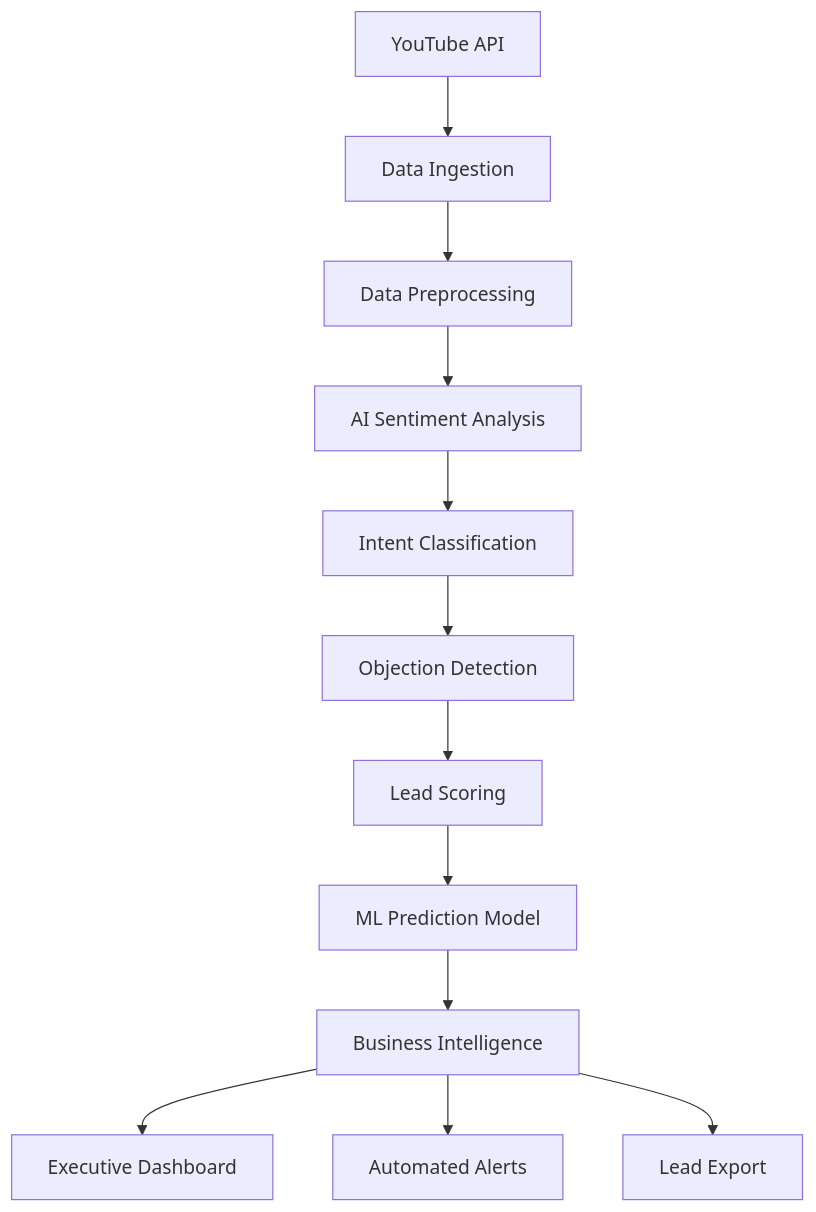
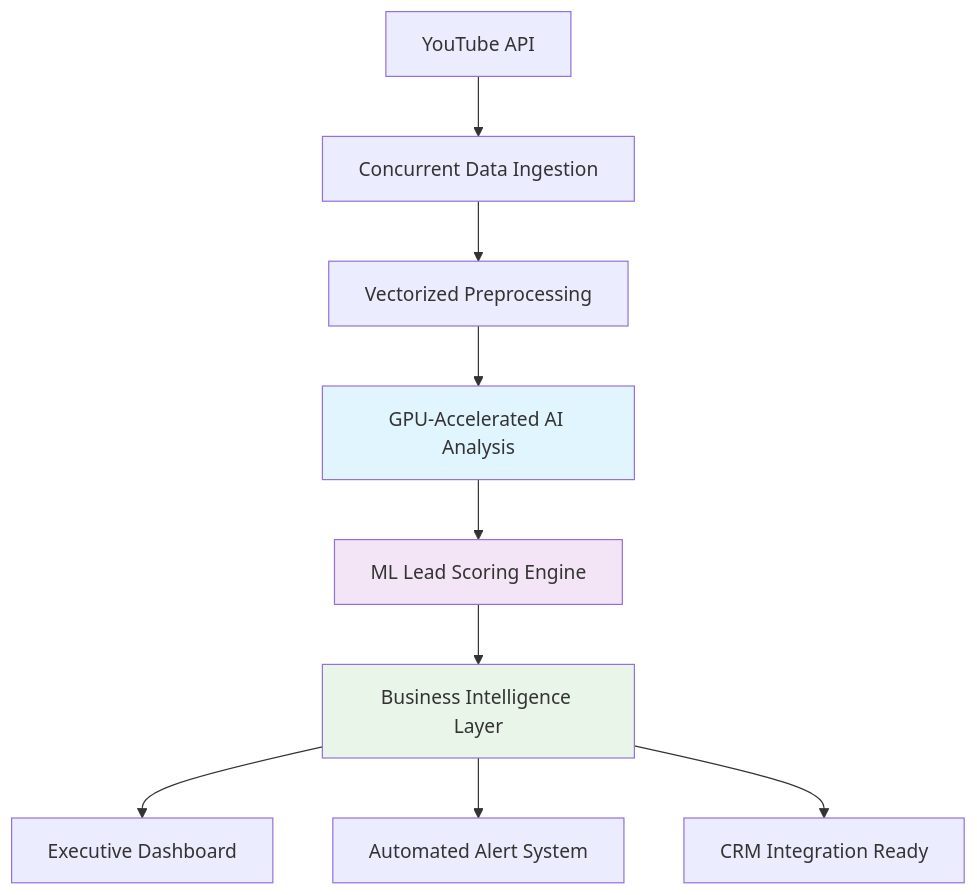
The diagram in README.md (esengendo/youtube-ev-leadgen), drawn with Mermaid before and after one commit. The commit also changed other lines of this file and 5 other files, not shown here.

````diff
--- a/README.md
+++ b/README.md
@@ -26,14 +26,15 @@
 ```mermaid
 graph TD
-    A[YouTube API] --> B[Data Ingestion]
-    B --> C[Data Preprocessing]
-    C --> D[AI Sentiment Analysis]
-    D --> E[Intent Classification]
-    E --> F[Objection Detection]
-    F --> G[Lead Scoring]
-    G --> H[ML Prediction Model]
-    H --> I[Business Intelligence]
-    I --> J[Executive Dashboard]
-    I --> K[Automated Alerts]
-    I --> L[Lead Export]
+    A[YouTube API] --> B[Concurrent Data Ingestion]
+    B --> C[Vectorized Preprocessing] 
+    C --> D[GPU-Accelerated AI Analysis]
+    D --> E[ML Lead Scoring Engine]
+    E --> F[Business Intelligence Layer]
+    F --> G[Executive Dashboard]
+    F --> H[Automated Alert System]
+    F --> I[CRM Integration Ready]
+    
+    style D fill:#e1f5fe
+    style E fill:#f3e5f5
+    style F fill:#e8f5e8
 ```
````
